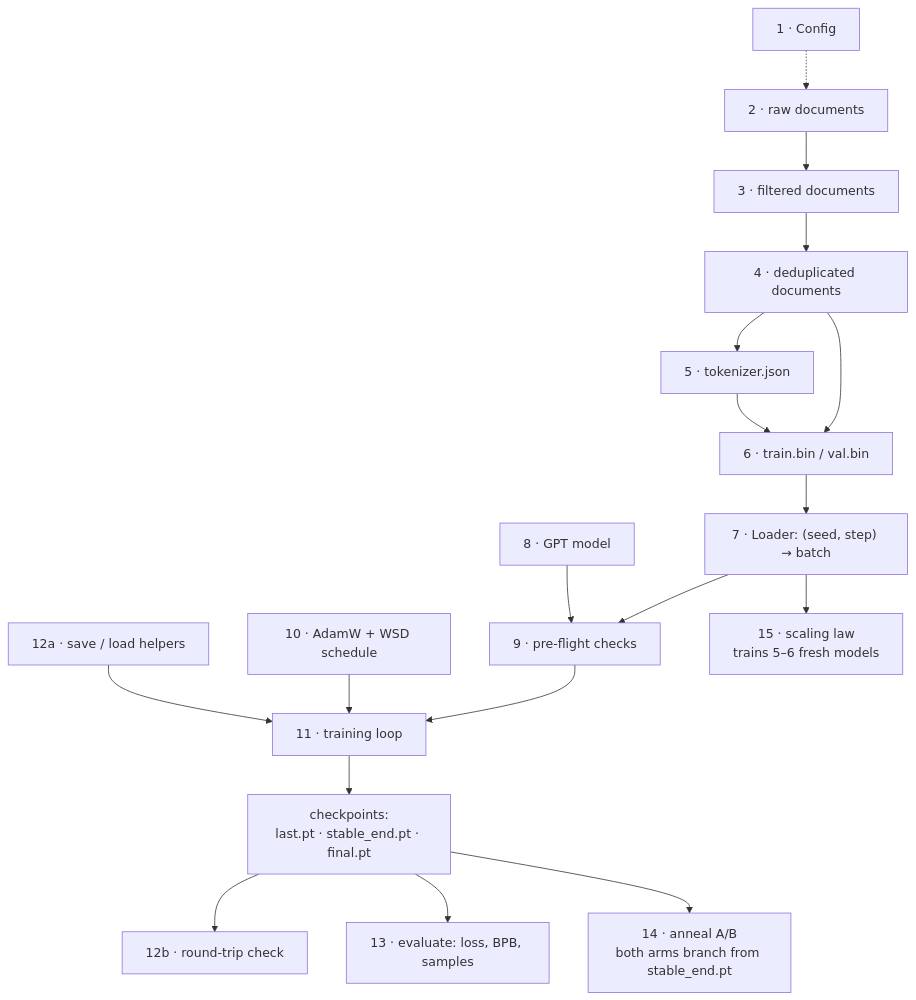
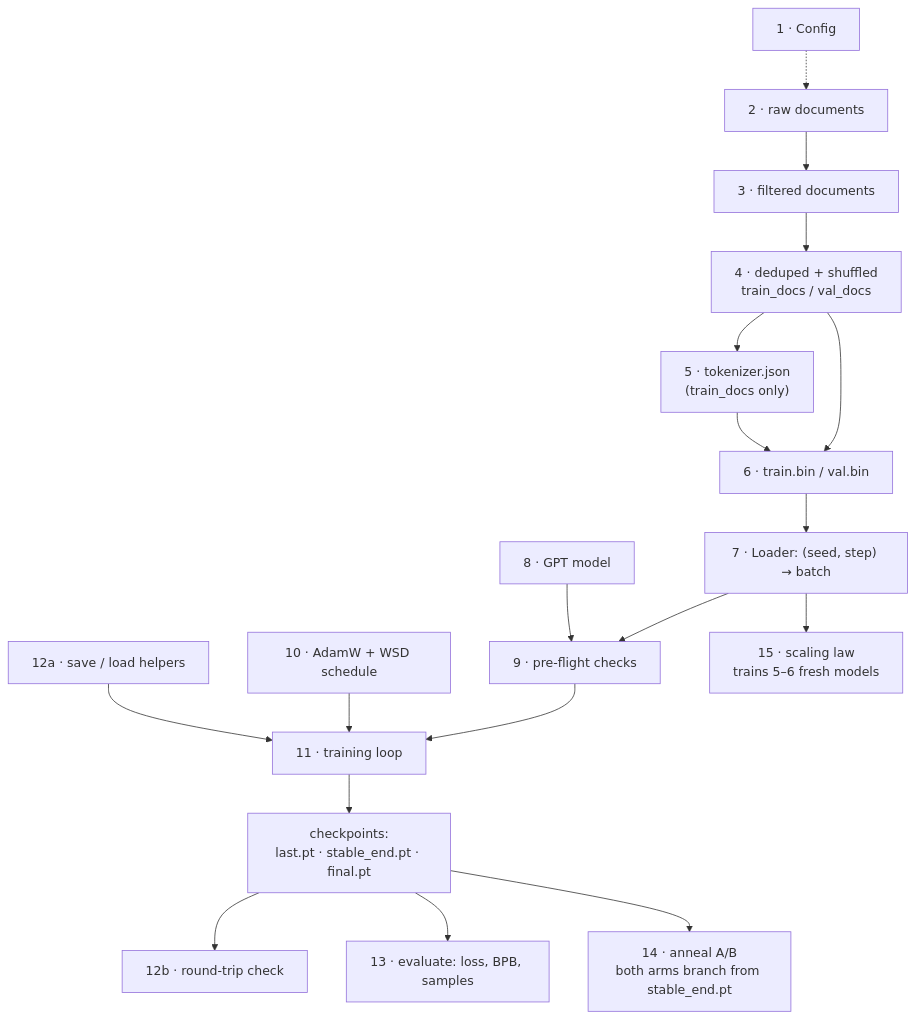
One commit to adiel2012/llm-pretraining changed the eighth of 8 diagrams in README.md. Above: the diagram before and after it, drawn with Mermaid. The commit also changed other lines of this file and 1 other file, not shown here.

````diff
--- a/README.md
+++ b/README.md
@@ -1719,19 +1734,19 @@
 ```mermaid
 flowchart TD
     S1["1 · Config"] -.-> S2["2 · raw documents"]
-    S2 --> S3["3 · filtered documents"] --> S4["4 · deduplicated documents"]
-    S4 --> S5["5 · tokenizer.json"]
+    S2 --> S3["3 · filtered documents"] --> S4["4 · deduped + shuffled<br/>train_docs / val_docs"]
+    S4 --> S5["5 · tokenizer.json<br/>(train_docs only)"]
     S4 --> S6["6 · train.bin / val.bin"]
     S5 --> S6
     S6 --> S7["7 · Loader: (seed, step) → batch"]
     S7 --> S9["9 · pre-flight checks"]
     S8["8 · GPT model"] --> S9
     S9 --> S11["11 · training loop"]
     S10["10 · AdamW + WSD schedule"] --> S11
     S12a["12a · save / load helpers"] --> S11
     S11 --> CK["checkpoints:<br/>last.pt · stable_end.pt · final.pt"]
     CK --> S12b["12b · round-trip check"]
     CK --> S13["13 · evaluate: loss, BPB, samples"]
     CK --> S14["14 · anneal A/B<br/>both arms branch from stable_end.pt"]
     S7 --> S15["15 · scaling law<br/>trains 5–6 fresh models"]
 ```
````
